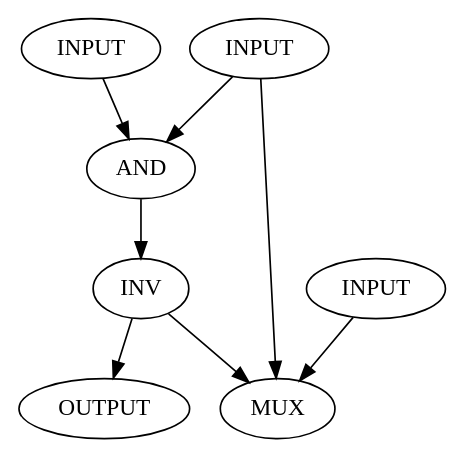
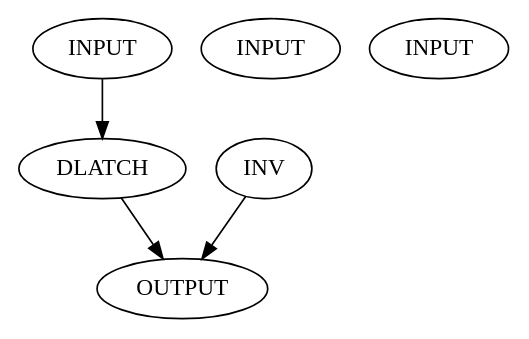
One commit to Florent-Barthelemy/projetc-c changed the diagram in TB/dot_test_file.dot. Above: the diagram before and after it, drawn with Graphviz. The commit also changed 6 other files, not shown here.

Commit message:
Added support for DFF/DLATCH/MUX2 in dot compatibility mode

```diff
--- a/TB/dot_test_file.dot
+++ b/TB/dot_test_file.dot
@@ -1,27 +1,20 @@
 digraph NAND_MODULE
 {
 	A [label="INPUT"];
 	B [label="INPUT"];
-	C [label="INPUT"];
+
 	
 	S [label="OUTPUT"];
 
-	AND0 [label="AND"];
-	INV1 [label="INV"];
+	CLOCK [label="INPUT"];
+	myCoolDLATCH [label="DLATCH" clk="CLOCK"];
 
-	myMux2 [label="MUX" sel="C"];
-	
-	
-	A -> myMux2;
-	B -> myMux2;
-
-	INV1 -> myMux2;
-
-	A -> AND0;
-	C -> AND0;
+	INV0 [label="INV"];
 
 
-	AND0 -> INV1;
+	INV0 -> S;
+	A -> myCoolDLATCH;
+	myCoolDLATCH -> S;
+	
 
-	INV1 -> S;
 }
```
